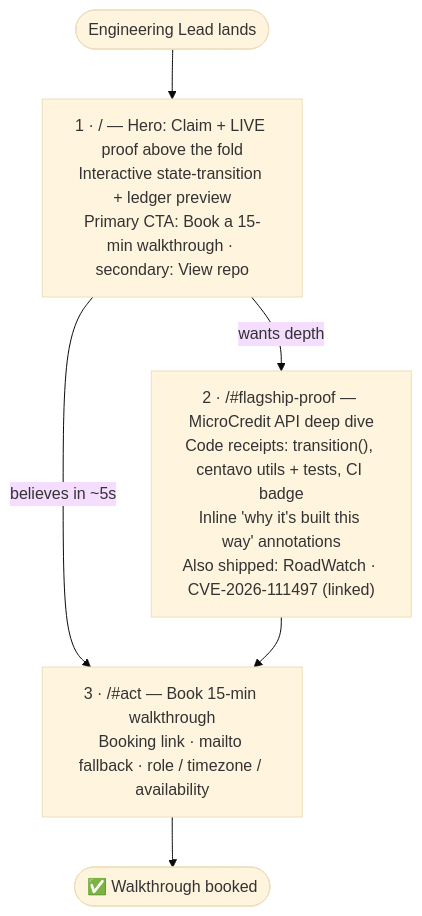
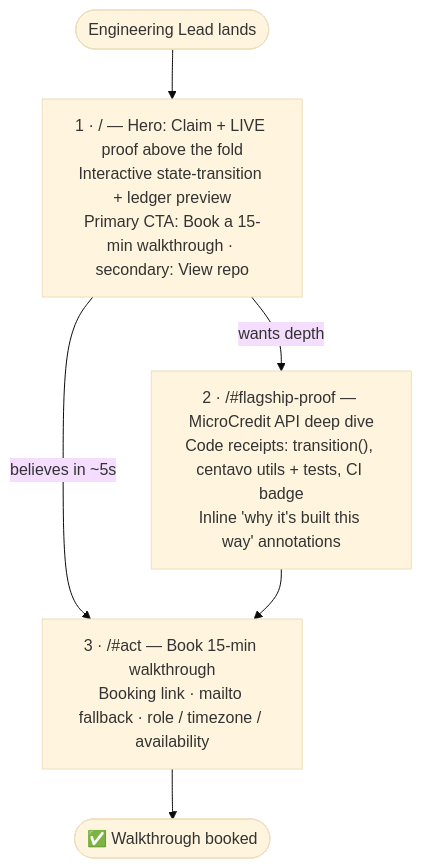
The second of 2 diagrams in docs/PORTFOLIO_PATH.md (l3n8n-ocd/microcredit-api), drawn with Mermaid (base theme) before and after one commit. The commit also changed other lines of this file, not shown here.

````diff
--- a/docs/PORTFOLIO_PATH.md
+++ b/docs/PORTFOLIO_PATH.md
@@ -156,10 +152,10 @@
 ```mermaid
 flowchart TD
     L([Engineering Lead lands]) --> H
     H["1 · / — Hero: Claim + LIVE proof above the fold<br/>Interactive state-transition + ledger preview<br/>Primary CTA: Book a 15-min walkthrough · secondary: View repo"]
     H -->|believes in ~5s| X
     H -->|wants depth| F
-    F["2 · /#flagship-proof — MicroCredit API deep dive<br/>Code receipts: transition(), centavo utils + tests, CI badge<br/>Inline 'why it's built this way' annotations<br/>Also shipped: RoadWatch · CVE-2026-111497 (linked)"]
+    F["2 · /#flagship-proof — MicroCredit API deep dive<br/>Code receipts: transition(), centavo utils + tests, CI badge<br/>Inline 'why it's built this way' annotations"]
     F --> X["3 · /#act — Book 15-min walkthrough<br/>Booking link · mailto fallback · role / timezone / availability"]
     X --> D([✅ Walkthrough booked])
 ```
````
